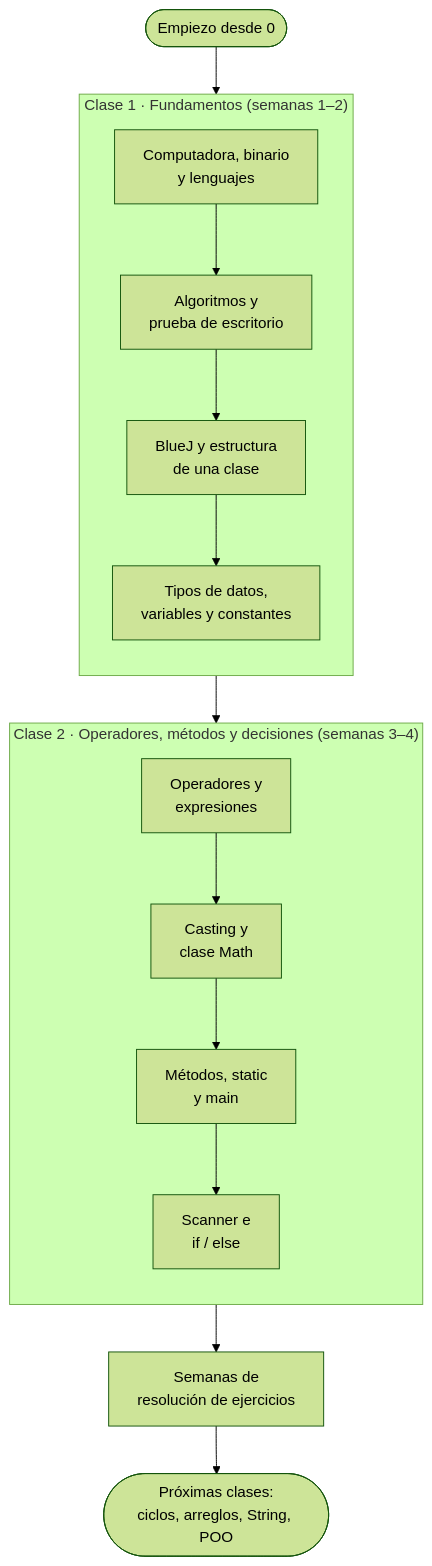
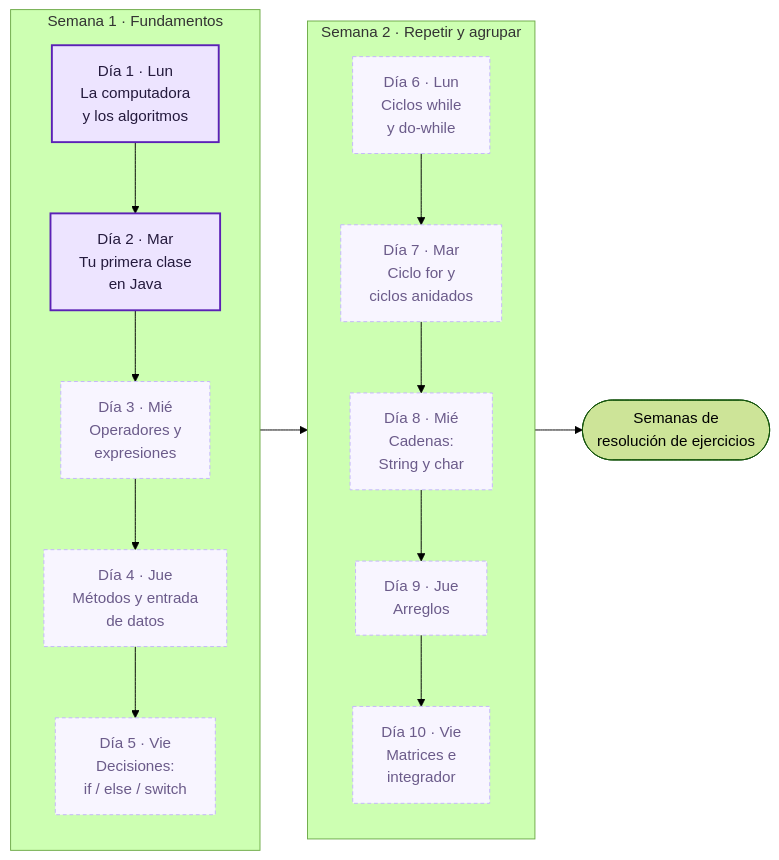
Before and after one commit to 4drianC4/ProgramacionDesde0: the diagram in README.md, drawn with Mermaid (forest theme). The commit also changed other lines of this file and 12 other files, not shown here.

````diff
--- a/README.md
+++ b/README.md
@@ -19,23 +20,23 @@
 ```mermaid
-flowchart TD
-    S([Empiezo desde 0]) --> C1
+flowchart LR
+    subgraph S1["Semana 1 · Fundamentos"]
+        direction TB
+        D1["Día 1 · Lun<br/>La computadora<br/>y los algoritmos"] --> D2["Día 2 · Mar<br/>Tu primera clase<br/>en Java"]
+        D2 --> D3["Día 3 · Mié<br/>Operadores y<br/>expresiones"]
+        D3 --> D4["Día 4 · Jue<br/>Métodos y entrada<br/>de datos"]
+        D4 --> D5["Día 5 · Vie<br/>Decisiones:<br/>if / else / switch"]
+    end
+    subgraph S2["Semana 2 · Repetir y agrupar"]
+        direction TB
+        D6["Día 6 · Lun<br/>Ciclos while<br/>y do-while"] --> D7["Día 7 · Mar<br/>Ciclo for y<br/>ciclos anidados"]
+        D7 --> D8["Día 8 · Mié<br/>Cadenas:<br/>String y char"]
+        D8 --> D9["Día 9 · Jue<br/>Arreglos"]
+        D9 --> D10["Día 10 · Vie<br/>Matrices e<br/>integrador"]
+    end
+    S1 --> S2 --> E(["Semanas de<br/>resolución de ejercicios"])
 
-    subgraph C1["Clase 1 · Fundamentos (semanas 1–2)"]
-        direction TB
-        A1[Computadora, binario<br/>y lenguajes] --> A2[Algoritmos y<br/>prueba de escritorio]
-        A2 --> A3[BlueJ y estructura<br/>de una clase]
-        A3 --> A4[Tipos de datos,<br/>variables y constantes]
-    end
-
-    C1 --> C2
-
-    subgraph C2["Clase 2 · Operadores, métodos y decisiones (semanas 3–4)"]
-        direction TB
-        B1[Operadores y<br/>expresiones] --> B2[Casting y<br/>clase Math]
-        B2 --> B3[Métodos, static<br/>y main]
-        B3 --> B4[Scanner e<br/>if / else]
-    end
-
-    C2 --> E[Semanas de<br/>resolución de ejercicios]
-    E --> N([Próximas clases:<br/>ciclos, arreglos, String, POO])
+    classDef listo fill:#ede4ff,stroke:#5b21b6,stroke-width:2px,color:#241a3d
+    classDef pronto fill:#f8f5ff,stroke:#c4b5fd,stroke-dasharray:4 3,color:#6b5b8a
+    class D1,D2 listo
+    class D3,D4,D5,D6,D7,D8,D9,D10 pronto
 ```
````
